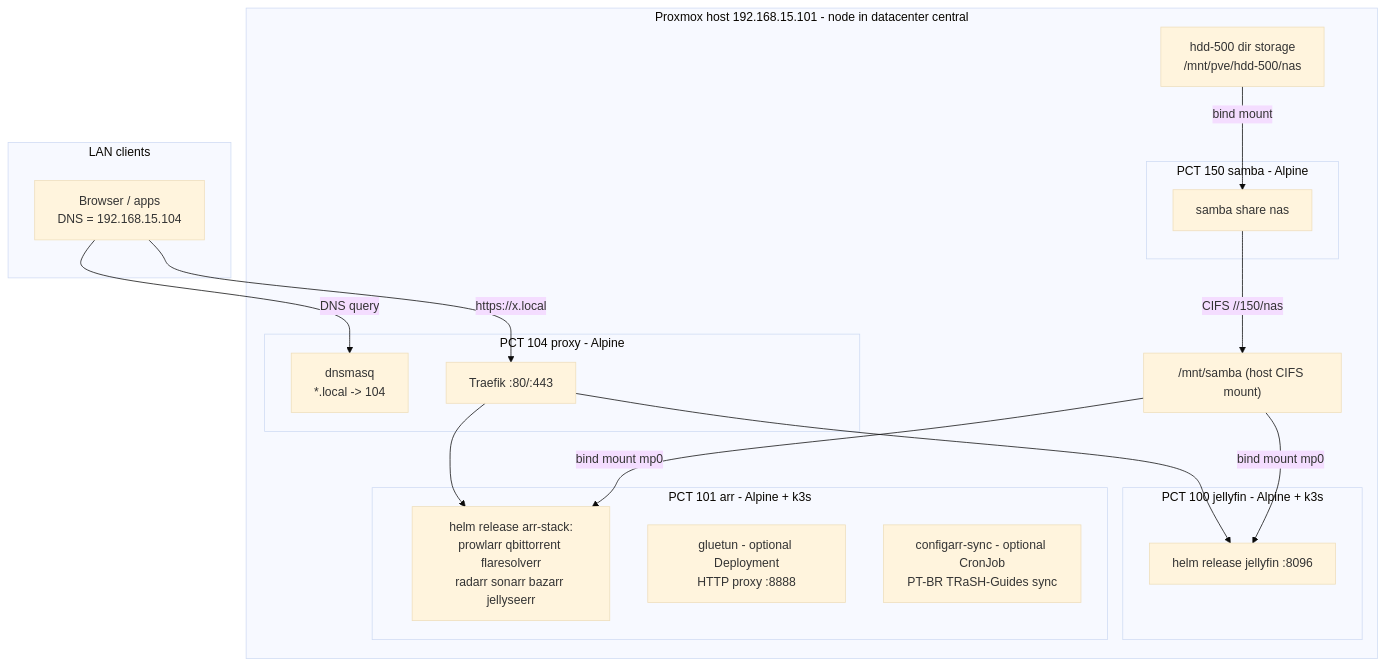
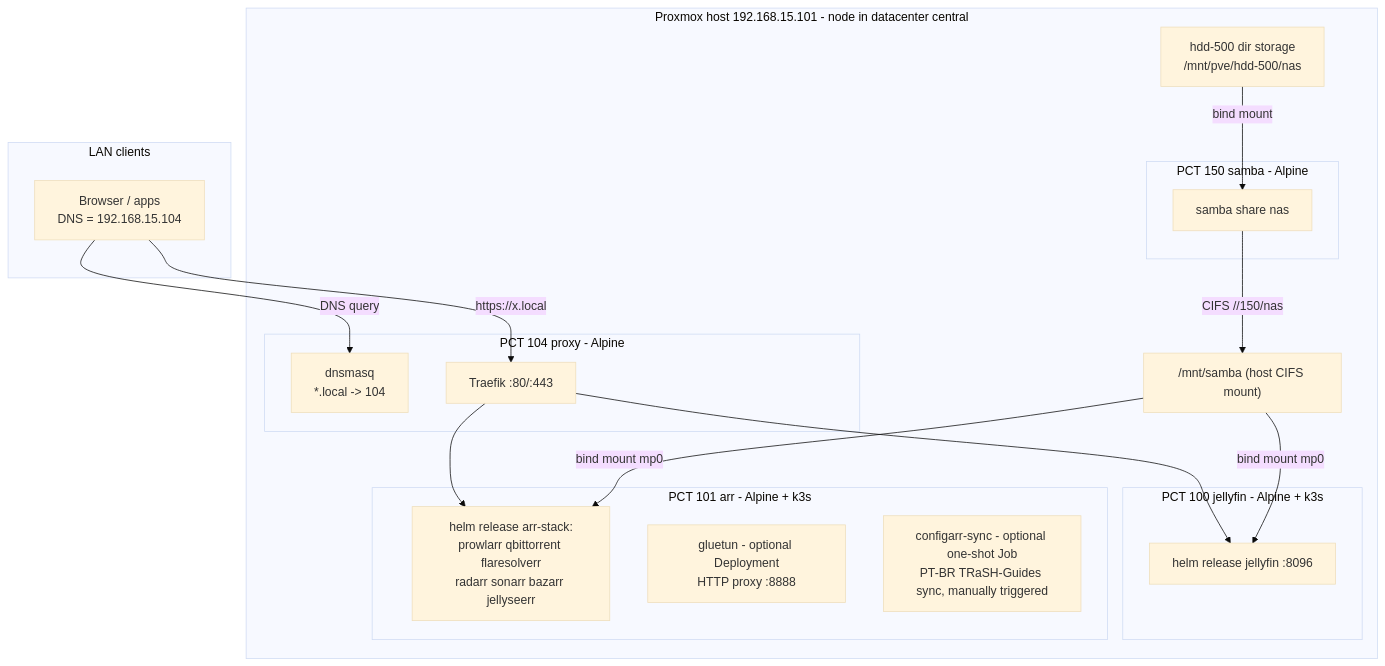
One commit to YtaloWill/homelab-infra changed the diagram in .kiro/specs/homelab-foundation/design.md. Above: the diagram before and after it, drawn with Mermaid (base theme). The commit also changed other lines of this file and 7 other files, not shown here.

First line of the commit message:
refactor: run configarr sync as a triggered Job instead of a CronJob

````diff
--- a/.kiro/specs/homelab-foundation/design.md
+++ b/.kiro/specs/homelab-foundation/design.md
@@ -13,33 +13,33 @@
 ```mermaid
 flowchart TB
     subgraph LAN clients
         C[Browser / apps<br/>DNS = 192.168.15.104]
     end
     subgraph PVE[Proxmox host 192.168.15.101 - node in datacenter central]
         subgraph P104[PCT 104 proxy - Alpine]
             DNS[dnsmasq<br/>*.local -> 104]
             TR[Traefik :80/:443]
         end
         subgraph P100[PCT 100 jellyfin - Alpine + k3s]
             JF[helm release jellyfin :8096]
         end
         subgraph P101[PCT 101 arr - Alpine + k3s]
             AR[helm release arr-stack:<br/>prowlarr qbittorrent flaresolverr<br/>radarr sonarr bazarr jellyseerr]
             GL[gluetun - optional Deployment<br/>HTTP proxy :8888]
-            CF[configarr-sync - optional CronJob<br/>PT-BR TRaSH-Guides sync]
+            CF[configarr-sync - optional one-shot Job<br/>PT-BR TRaSH-Guides sync, manually triggered]
         end
         subgraph P150[PCT 150 samba - Alpine]
             SMB[samba share nas]
         end
         HM["/mnt/samba (host CIFS mount)"]
         HDD["hdd-500 dir storage<br/>/mnt/pve/hdd-500/nas"]
     end
     C -->|DNS query| DNS
     C -->|https://x.local| TR
     TR --> JF
     TR --> AR
     HDD -->|bind mount| SMB
     SMB -->|CIFS //150/nas| HM
     HM -->|bind mount mp0| JF
     HM -->|bind mount mp0| AR
 ```
````
